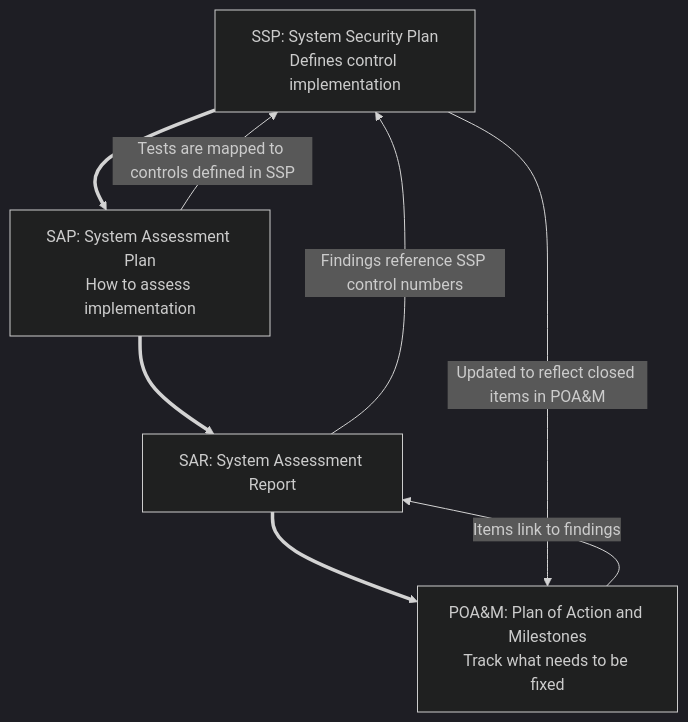
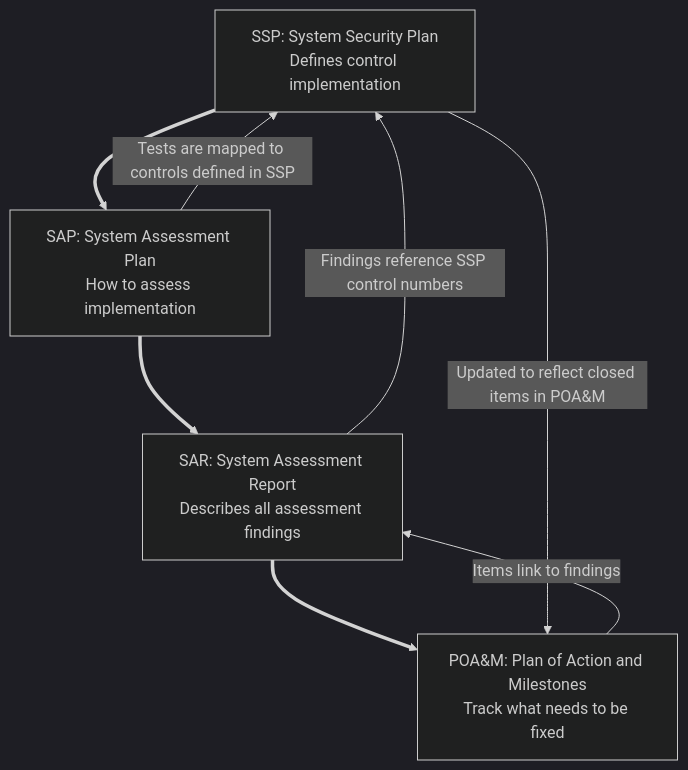
Before and after one commit to WiseGuru/MaxwellCTI: the diagram in src/site/notes/Frameworks, Standards, and Regulations/NIST/NIST SP 800-37.md, drawn with Mermaid (dark theme). The commit also changed other lines of this file and 2 other files, not shown here.

````diff
--- a/src/site/notes/Frameworks, Standards, and Regulations/NIST/NIST SP 800-37.md
+++ b/src/site/notes/Frameworks, Standards, and Regulations/NIST/NIST SP 800-37.md
@@ -31,10 +30,10 @@
 ```mermaid
 flowchart TD
 A["SSP: System Security Plan<br>Defines control implementation"] ==> B[SAP: System Assessment Plan<br>How to assess implementation]
-B ==> C[SAR: System Assessment Report]
+B ==> C[SAR: System Assessment Report<br>Describes all assessment findings]
 C ==> D[POA&M: Plan of Action and Milestones<br>Track what needs to be fixed]
 C -->|Findings reference SSP control numbers| A
 D -->|Items link to findings| C
 A -->|Updated to reflect closed items in POA&M| D
 B -->|Tests are mapped to controls defined in SSP| A
 ```
````
